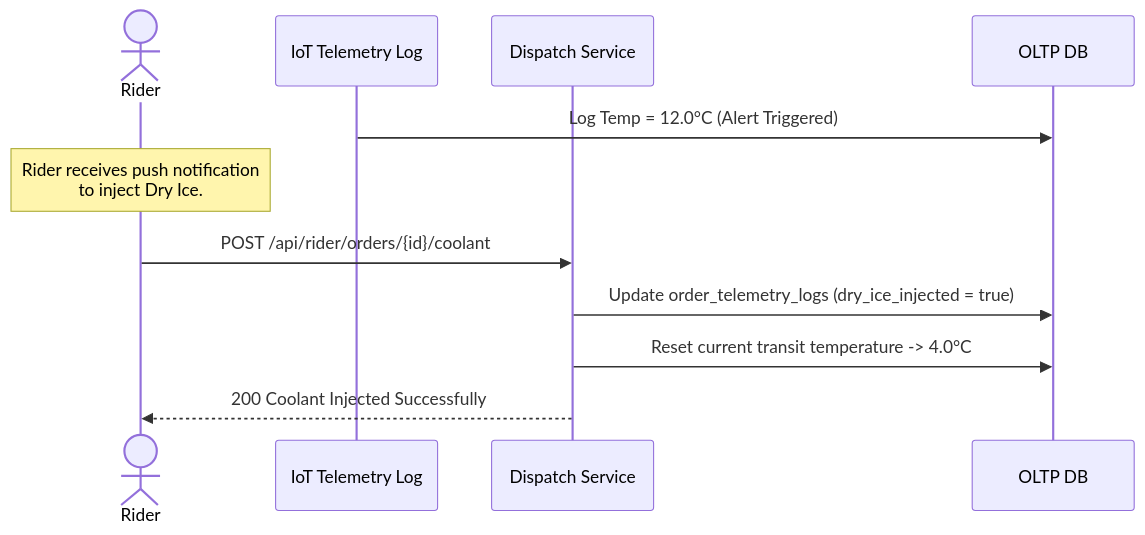
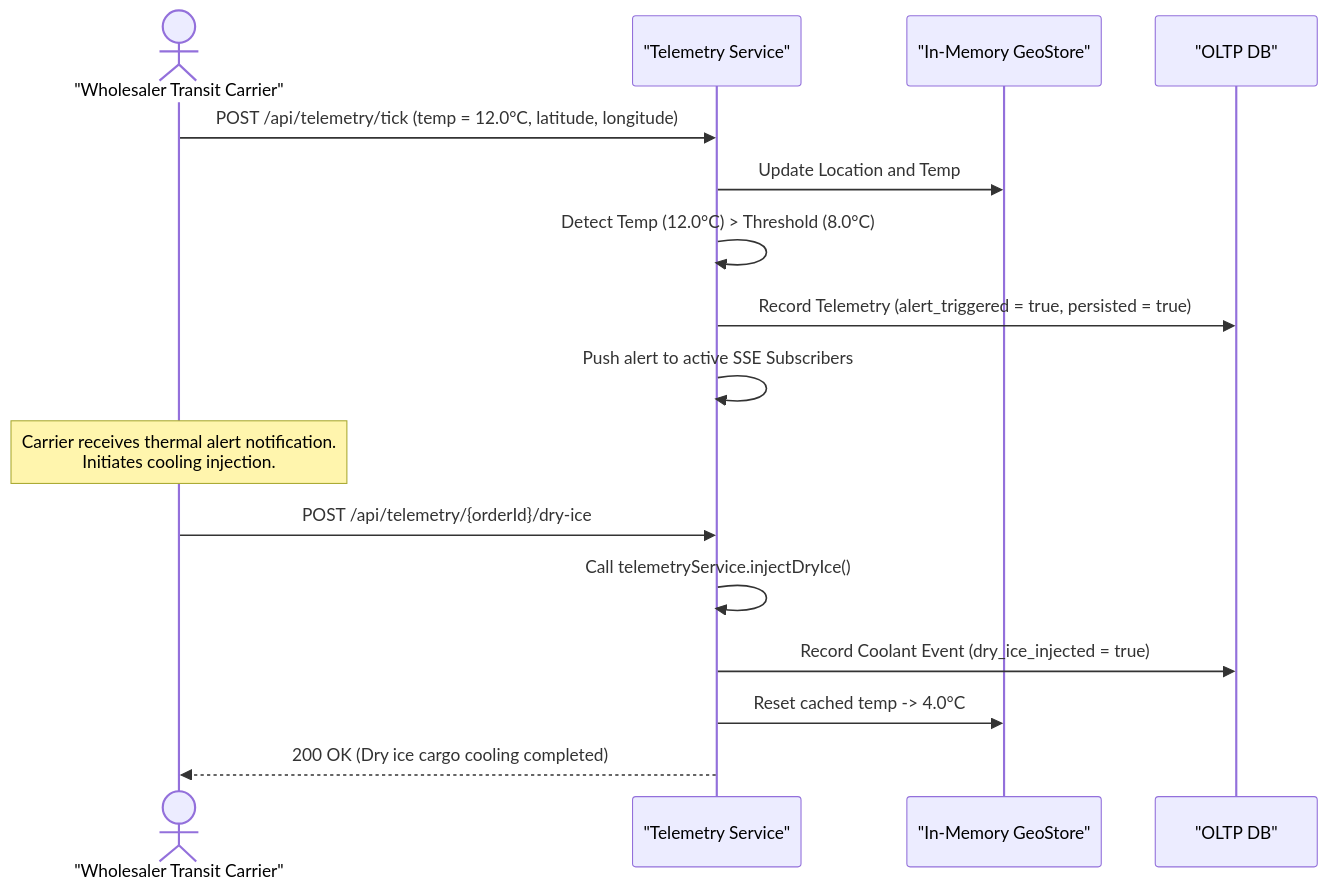
One commit to Muneeb7860/Swish_App changed the ninth of 13 diagrams in low_level_design.md. Above: the diagram before and after it, drawn with Mermaid. The commit also changed other lines of this file and 25 other files, not shown here.

````diff
--- a/low_level_design.md
+++ b/low_level_design.md
@@ -227,17 +703,25 @@
 ```mermaid
 sequenceDiagram
-    actor Rider
-    participant IoT as IoT Telemetry Log
-    participant DispSrv as Dispatch Service
-    participant DB as OLTP DB
+    actor Carrier as "Wholesaler Transit Carrier"
+    participant TelemetrySrv as "Telemetry Service"
+    participant GeoStore as "In-Memory GeoStore"
+    participant DB as "OLTP DB"
     
-    IoT->>DB: Log Temp = 12.0°C (Alert Triggered)
+    Carrier->>TelemetrySrv: POST /api/telemetry/tick (temp = 12.0°C, latitude, longitude)
+    TelemetrySrv->>GeoStore: Update Location and Temp
     
-    Note over Rider: Rider receives push notification<br/>to inject Dry Ice.
+    TelemetrySrv->>TelemetrySrv: Detect Temp (12.0°C) > Threshold (8.0°C)
     
-    Rider->>DispSrv: POST /api/rider/orders/{id}/coolant
-    DispSrv->>DB: Update order_telemetry_logs (dry_ice_injected = true)
-    DispSrv->>DB: Reset current transit temperature -> 4.0°C
+    TelemetrySrv->>DB: Record Telemetry (alert_triggered = true, persisted = true)
+    TelemetrySrv->>TelemetrySrv: Push alert to active SSE Subscribers
     
-    DispSrv-->>Rider: 200 Coolant Injected Successfully
+    Note over Carrier: Carrier receives thermal alert notification.<br/>Initiates cooling injection.
+    
+    Carrier->>TelemetrySrv: POST /api/telemetry/{orderId}/dry-ice
+    TelemetrySrv->>TelemetrySrv: Call telemetryService.injectDryIce()
+    
+    TelemetrySrv->>DB: Record Coolant Event (dry_ice_injected = true)
+    TelemetrySrv->>GeoStore: Reset cached temp -> 4.0°C
+    
+    TelemetrySrv-->>Carrier: 200 OK (Dry ice cargo cooling completed)
 ```
````
